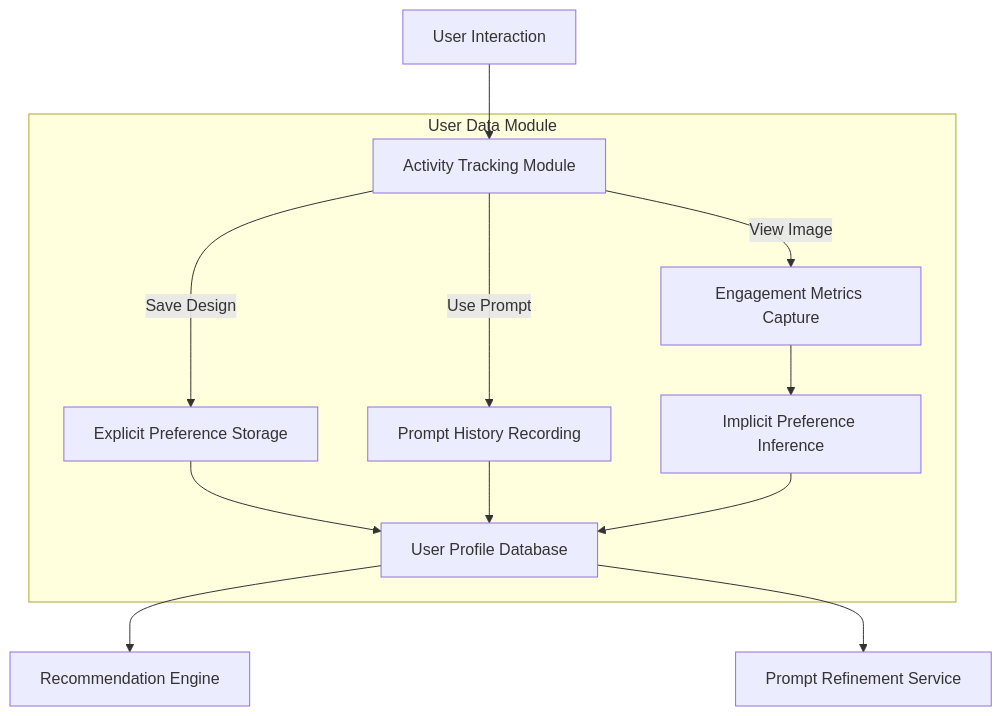
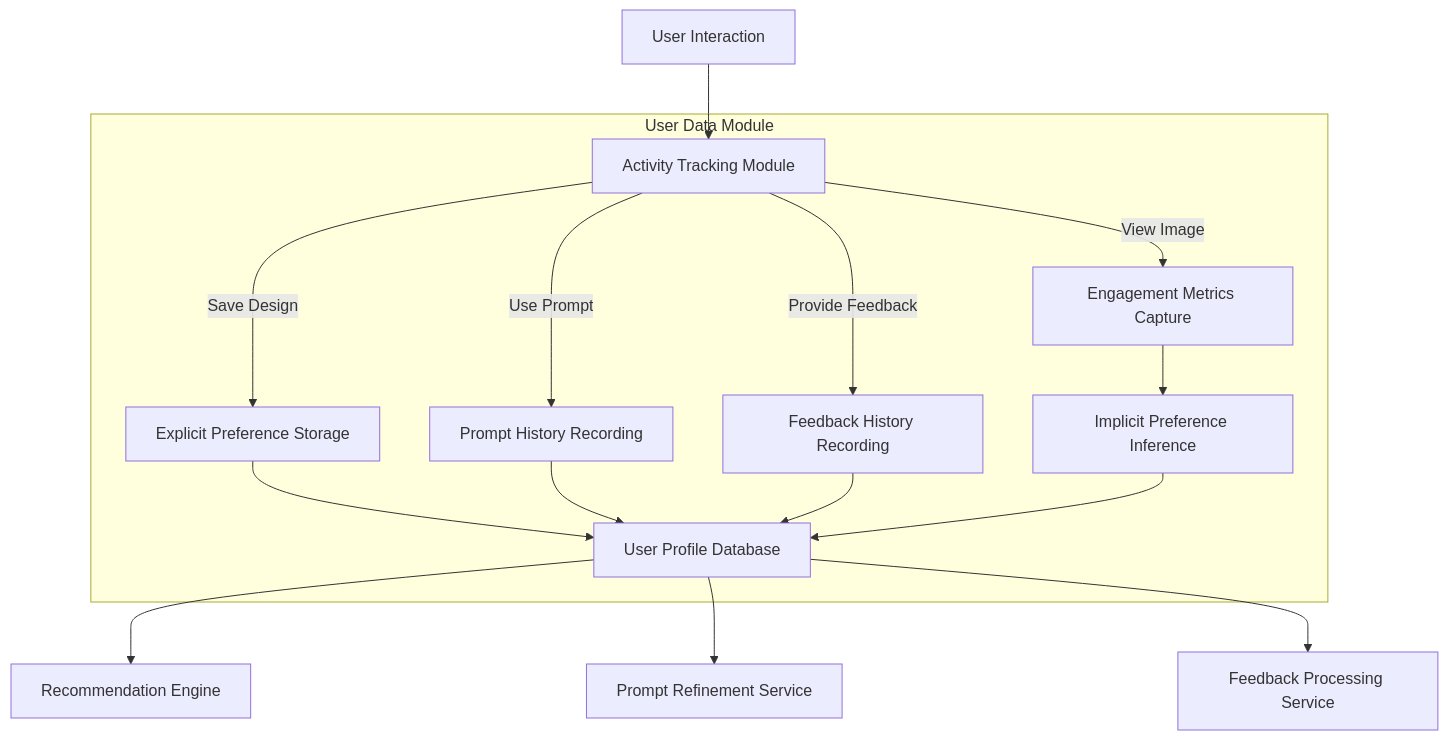
Before and after one commit to diplomat-bit/Citibank_Demo_Business_Inc_Demonstration-: the tenth of 14 diagrams in inventions/003_narrative_generative_image_editing.md, drawn with Mermaid. The commit also changed other lines of this file, not shown here.

````diff
--- a/inventions/003_narrative_generative_image_editing.md
+++ b/inventions/003_narrative_generative_image_editing.md
@@ -253,21 +268,25 @@
 ```mermaid
 graph TD
     A[User Interaction] --> B[Activity Tracking Module]
     B -- View Image --> C[Engagement Metrics Capture]
     B -- Save Design --> D[Explicit Preference Storage]
     B -- Use Prompt --> E[Prompt History Recording]
-    C --> F[Implicit Preference Inference]
-    D --> G[User Profile Database]
-    E --> G
-    F --> G
-    G --> H[Recommendation Engine]
-    G --> I[Prompt Refinement Service]
+    B -- Provide Feedback --> F[Feedback History Recording]
+    C --> G[Implicit Preference Inference]
+    D --> H[User Profile Database]
+    E --> H
+    F --> H
+    G --> H
+    H --> I[Recommendation Engine]
+    H --> J[Prompt Refinement Service]
+    H --> K[Feedback Processing Service]
     subgraph User Data Module
         B
         C
         D
         E
         F
         G
+        H
     end
 ```
````
